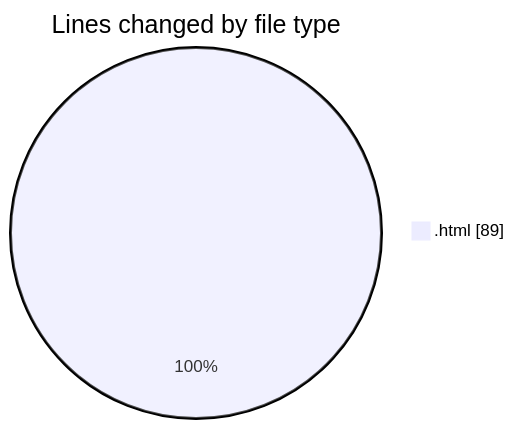
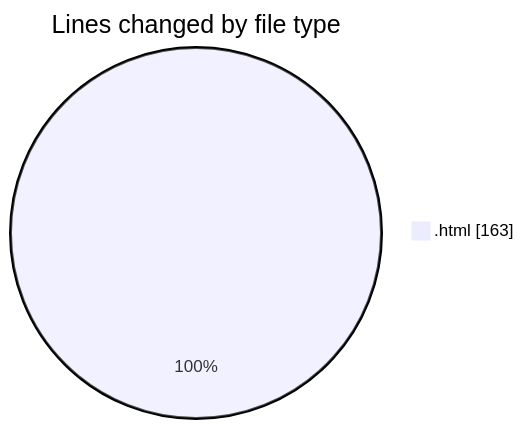
Before and after one commit to Unknowalive/code-tracking: the first of 2 diagrams in 2026-08-20/lab2/README.md, drawn with Mermaid. The commit also changed other lines of this file and 1 other file, not shown here.

````diff
--- a/2026-08-20/lab2/README.md
+++ b/2026-08-20/lab2/README.md
@@ -24,5 +25,5 @@
 ```mermaid
 pie showData
 title Lines changed by file type
-".html" : 89
+".html" : 163
 ```
````
